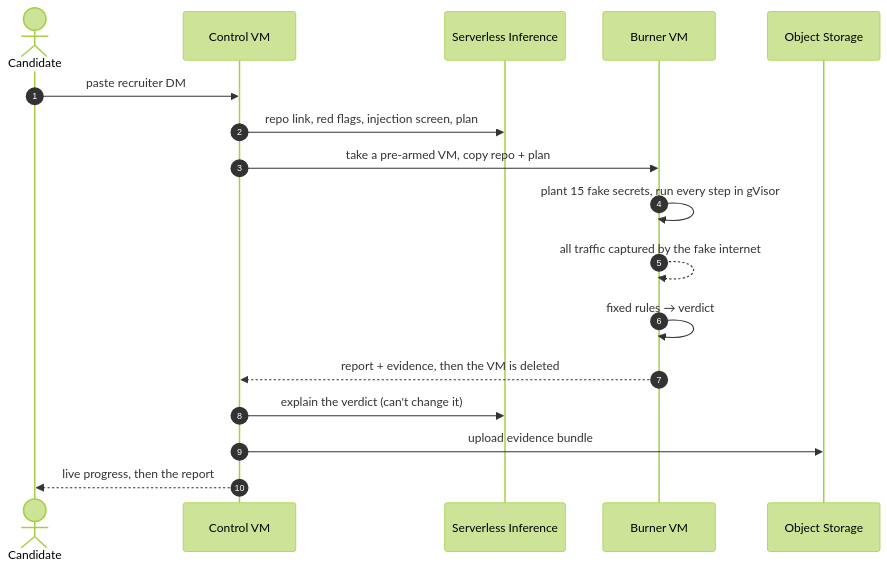
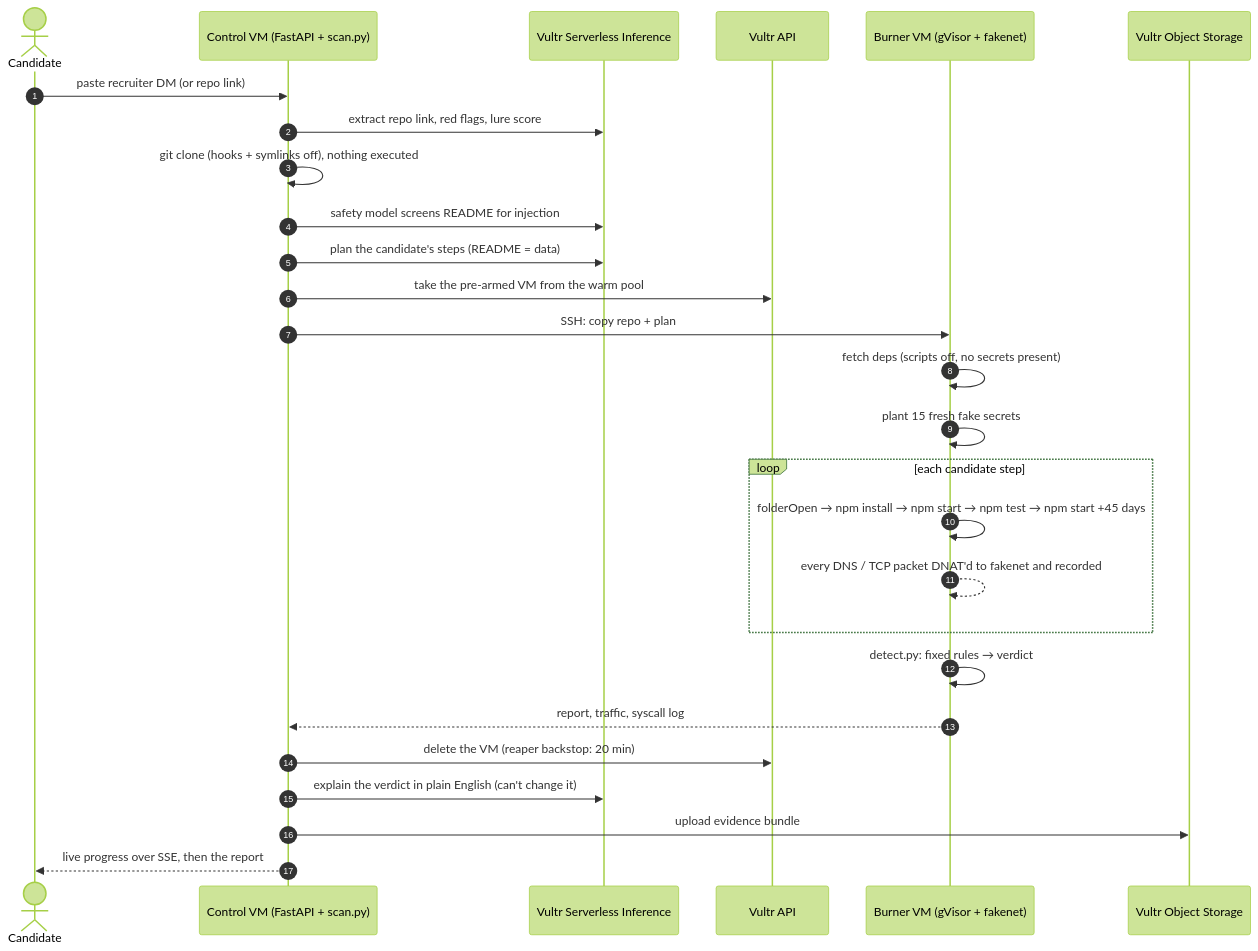
Before and after one commit to Maheswar-Sah00/burner: the diagram in README.md, drawn with Mermaid (forest theme). The commit also changed other lines of this file and 12 other files, not shown here.

Commit message:
Full README: why-this-idea scoring, 9 Excalidraw diagrams, candidate plan, fake internet, LLM vs rules, VM lifecycle, API, roadmap; MIT licence

````diff
--- a/README.md
+++ b/README.md
@@ -102,19 +278,30 @@
 ```mermaid
 sequenceDiagram
     autonumber
     actor C as Candidate
-    participant W as Control VM
-    participant L as Serverless Inference
-    participant B as Burner VM
-    participant S as Object Storage
-    C->>W: paste recruiter DM
-    W->>L: repo link, red flags, injection screen, plan
-    W->>B: take a pre-armed VM, copy repo + plan
-    B->>B: plant 15 fake secrets, run every step in gVisor
-    B-->>B: all traffic captured by the fake internet
-    B->>B: fixed rules → verdict
-    B-->>W: report + evidence, then the VM is deleted
-    W->>L: explain the verdict (can't change it)
+    participant W as Control VM (FastAPI + scan.py)
+    participant L as Vultr Serverless Inference
+    participant V as Vultr API
+    participant B as Burner VM (gVisor + fakenet)
+    participant S as Vultr Object Storage
+
+    C->>W: paste recruiter DM (or repo link)
+    W->>L: extract repo link, red flags, lure score
+    W->>W: git clone (hooks + symlinks off), nothing executed
+    W->>L: safety model screens README for injection
+    W->>L: plan the candidate's steps (README = data)
+    W->>V: take the pre-armed VM from the warm pool
+    W->>B: SSH: copy repo + plan
+    B->>B: fetch deps (scripts off, no secrets present)
+    B->>B: plant 15 fresh fake secrets
+    loop each candidate step
+        B->>B: folderOpen → npm install → npm start → npm test → npm start +45 days
+        B-->>B: every DNS / TCP packet DNAT'd to fakenet and recorded
+    end
+    B->>B: detect.py: fixed rules → verdict
+    B-->>W: report, traffic, syscall log
+    W->>V: delete the VM (reaper backstop: 20 min)
+    W->>L: explain the verdict in plain English (can't change it)
     W->>S: upload evidence bundle
-    W-->>C: live progress, then the report
+    W-->>C: live progress over SSE, then the report
 ```
````
